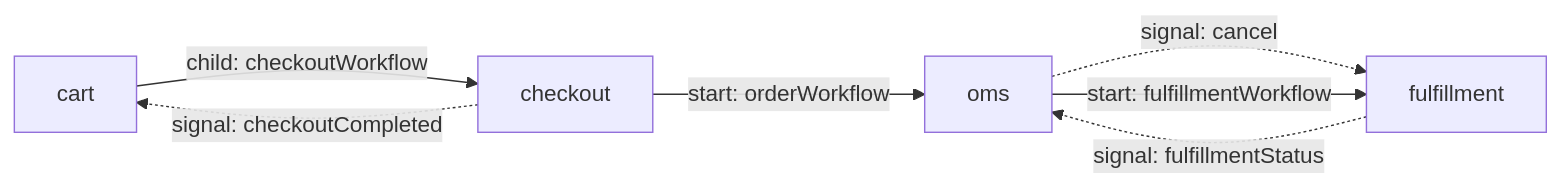
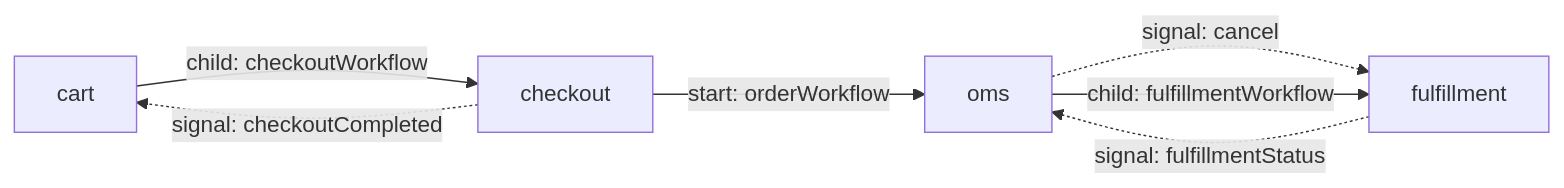
The first of 7 diagrams in docs/reference/state-machine-diagrams.md (night-heron-software/temporal-commerce-demo), drawn with Mermaid before and after one commit. The commit also changed other lines of this file and 10 other files, not shown here.

````diff
--- a/docs/reference/state-machine-diagrams.md
+++ b/docs/reference/state-machine-diagrams.md
@@ -16,13 +16,13 @@
 ```mermaid
 flowchart LR
   cart[cart]
   checkout[checkout]
   fulfillment[fulfillment]
   oms[oms]
   cart -->|child: checkoutWorkflow| checkout
   checkout -.->|signal: checkoutCompleted| cart
   checkout -->|start: orderWorkflow| oms
   fulfillment -.->|signal: fulfillmentStatus| oms
   oms -.->|signal: cancel| fulfillment
-  oms -->|start: fulfillmentWorkflow| fulfillment
+  oms -->|child: fulfillmentWorkflow| fulfillment
 ```
````
